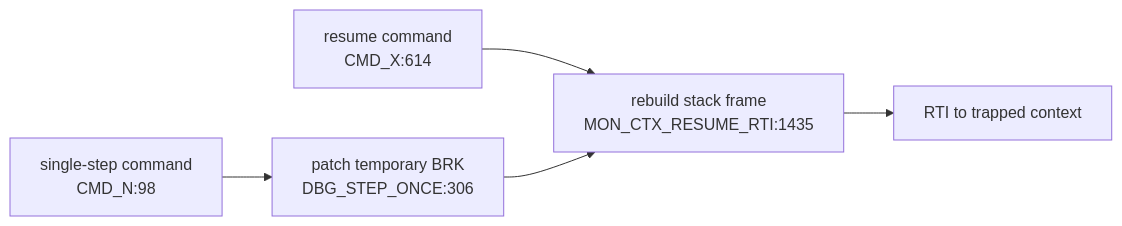
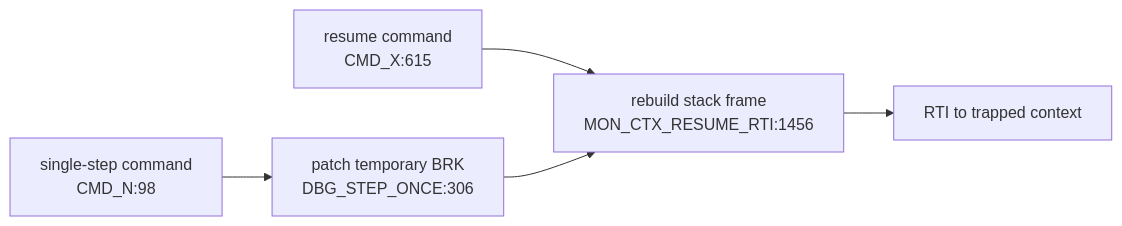
One commit to 95westus/R-YORS changed the sixth of 6 diagrams in DOC/GENERATED/INTERRUPT_VECTOR_MAP.md. Above: the diagram before and after it, drawn with Mermaid. The commit also changed other lines of this file and 42 other files, not shown here.

````diff
--- a/DOC/GENERATED/INTERRUPT_VECTOR_MAP.md
+++ b/DOC/GENERATED/INTERRUPT_VECTOR_MAP.md
@@ -92,7 +92,7 @@
 ```mermaid
 flowchart LR
-    CMDX["resume command<br/>CMD_X:614"] --> RESUME["rebuild stack frame<br/>MON_CTX_RESUME_RTI:1435"]
+    CMDX["resume command<br/>CMD_X:615"] --> RESUME["rebuild stack frame<br/>MON_CTX_RESUME_RTI:1456"]
     CMDN["single-step command<br/>CMD_N:98"] --> STEP["patch temporary BRK<br/>DBG_STEP_ONCE:306"]
     STEP --> RESUME
     RESUME --> RTIRES["RTI to trapped context"]
 ```
````
